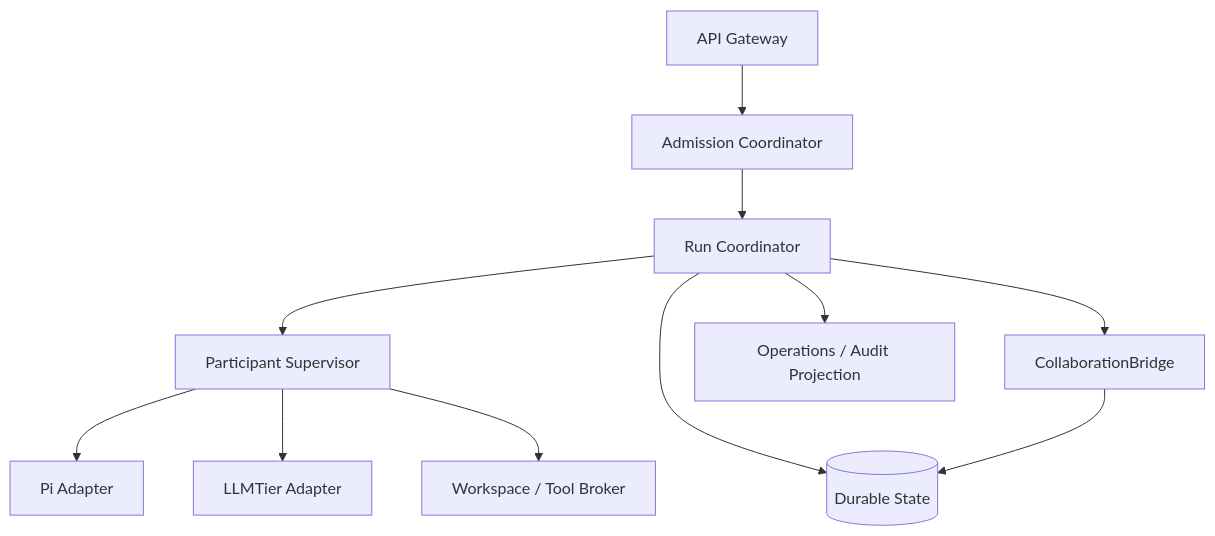
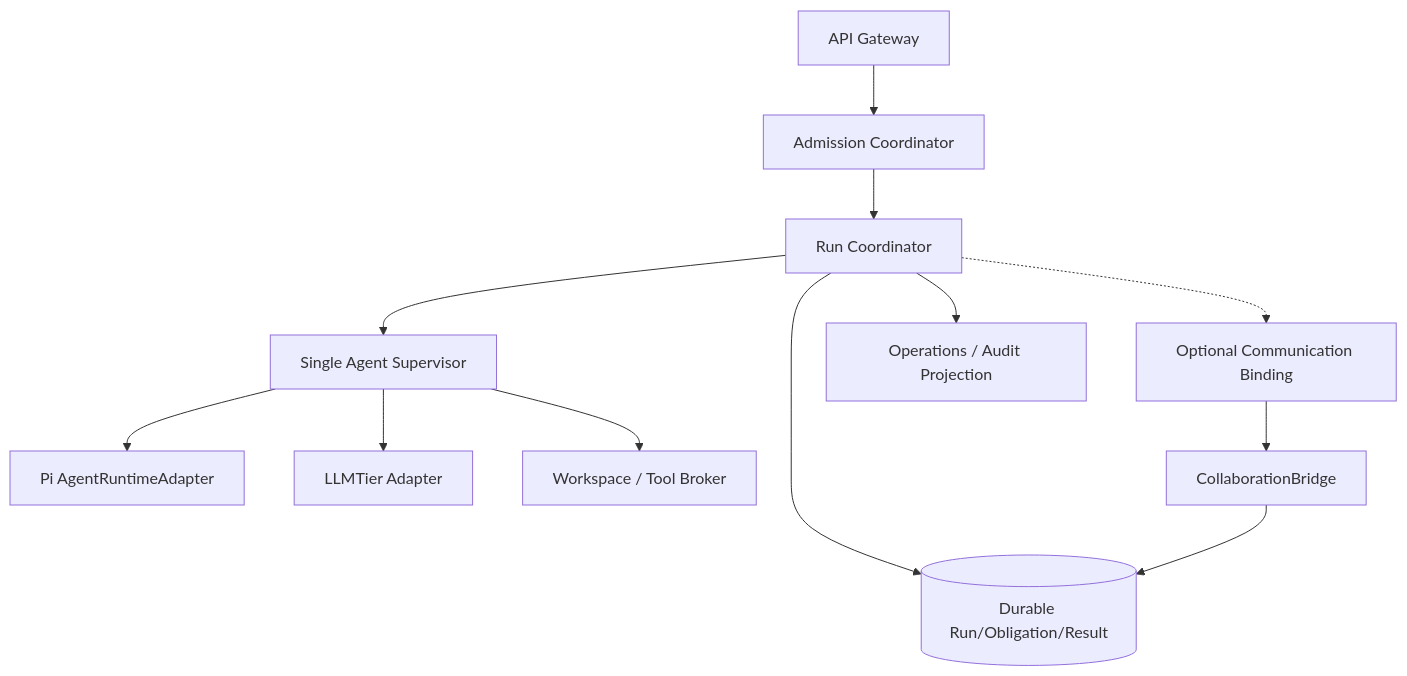
Before and after one commit to corezilla/piko: the third of 6 diagrams in docs/20_system_design/piko-agent-runtime-design-v0.3.md, drawn with Mermaid. The commit also changed other lines of this file and 5 other files, not shown here.

````diff
--- a/docs/20_system_design/piko-agent-runtime-design-v0.3.md
+++ b/docs/20_system_design/piko-agent-runtime-design-v0.3.md
@@ -185,13 +275,14 @@
 ```mermaid
 flowchart TB
     API[API Gateway] --> ADM[Admission Coordinator]
     ADM --> RC[Run Coordinator]
-    RC --> PS[Participant Supervisor]
-    RC --> CB[CollaborationBridge]
-    PS --> PI[Pi Adapter]
+    RC --> PS[Single Agent Supervisor]
+    PS --> PI[Pi AgentRuntimeAdapter]
     PS --> LT[LLMTier Adapter]
     PS --> WB[Workspace / Tool Broker]
-    RC --> ST[(Durable State)]
-    CB --> ST
+    RC -.-> CB[Optional Communication Binding]
+    RC --> DS[(Durable Run/Obligation/Result)]
+    CB --> BR[CollaborationBridge]
+    BR --> DS
     RC --> OA[Operations / Audit Projection]
 ```
````
